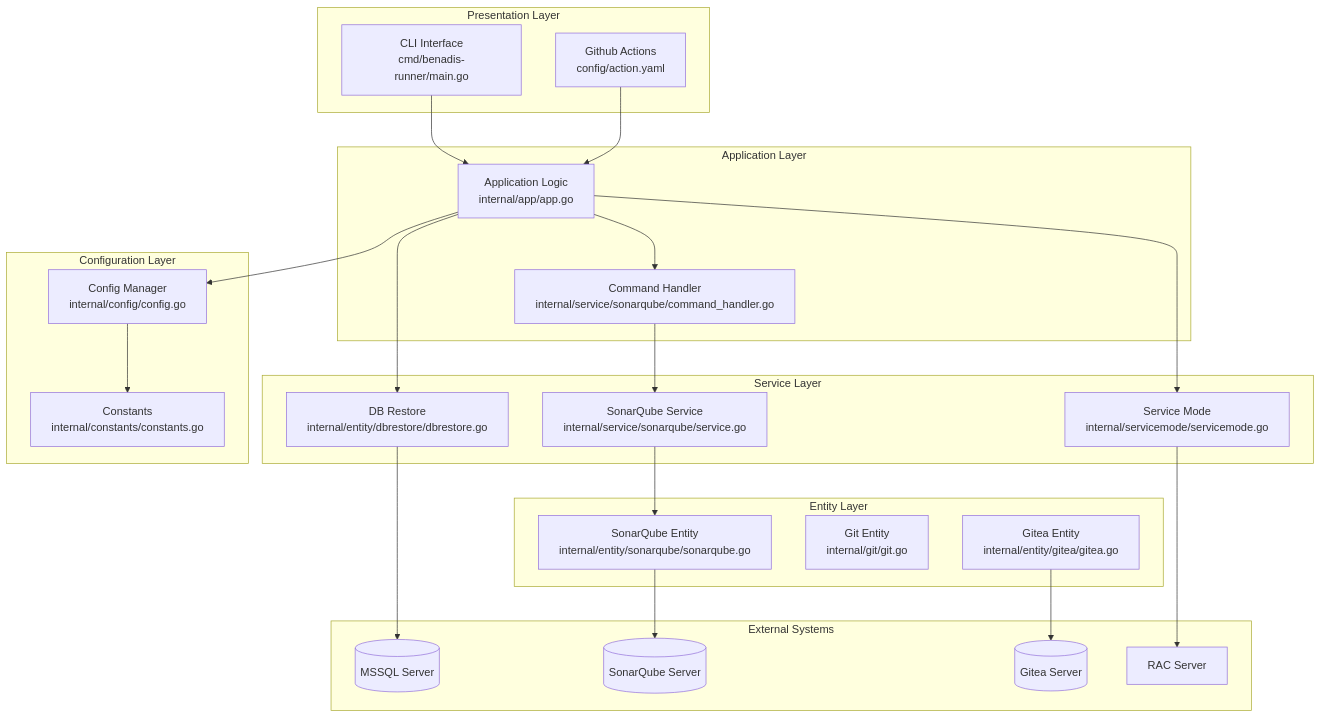
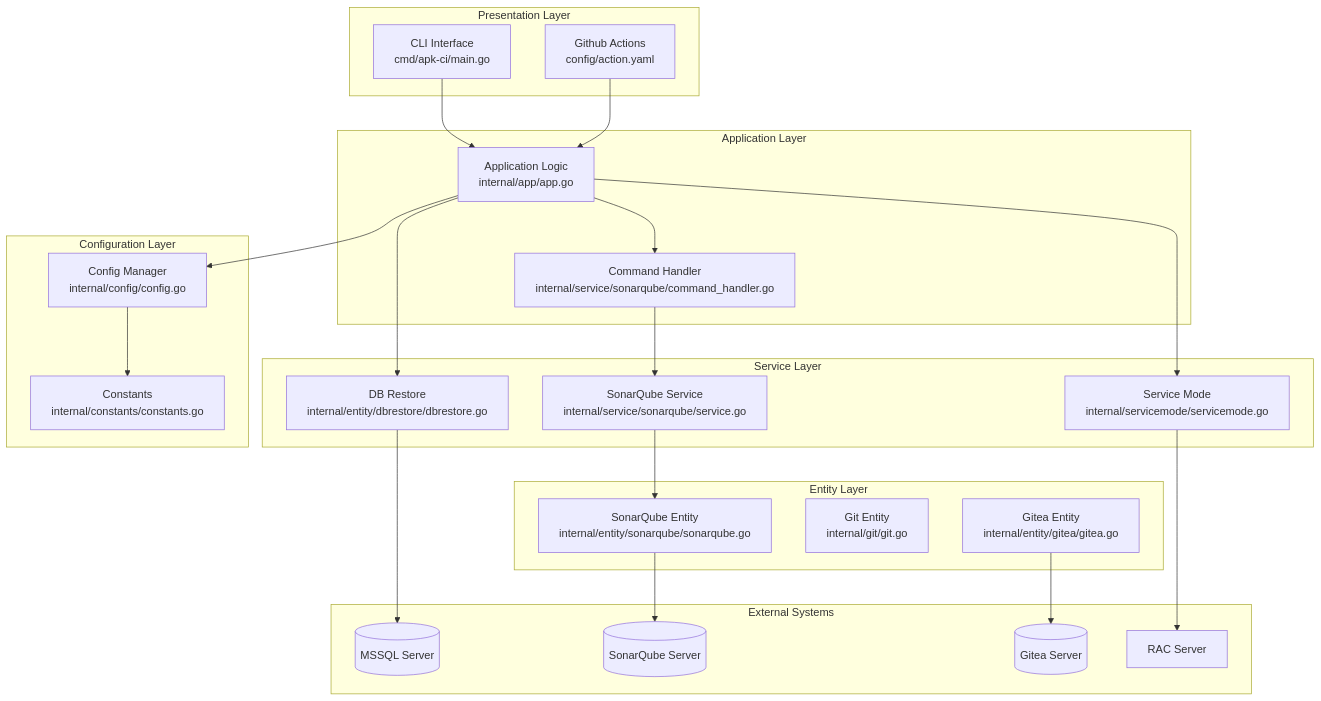
One commit to Kargones/apk-ci changed the first of 7 diagrams in .qoder/repowiki/en/content/Tool Overview & Core Value.md. Above: the diagram before and after it, drawn with Mermaid. The commit also changed other lines of this file and 189 other files, not shown here.

Commit message:
Замена benadis-runner на apk-ci.

````diff
--- a/.qoder/repowiki/en/content/Tool Overview & Core Value.md
+++ b/.qoder/repowiki/en/content/Tool Overview & Core Value.md
@@ -40,44 +40,44 @@
 ```mermaid
 graph TB
 subgraph "Presentation Layer"
-CLI[CLI Interface<br/>cmd/benadis-runner/main.go]
+CLI[CLI Interface<br/>cmd/apk-ci/main.go]
 Actions[Github Actions<br/>config/action.yaml]
 end
 subgraph "Application Layer"
 App[Application Logic<br/>internal/app/app.go]
 Handler[Command Handler<br/>internal/service/sonarqube/command_handler.go]
 end
 subgraph "Service Layer"
 SonarSvc[SonarQube Service<br/>internal/service/sonarqube/service.go]
 ServiceMode[Service Mode<br/>internal/servicemode/servicemode.go]
 DBRestore[DB Restore<br/>internal/entity/dbrestore/dbrestore.go]
 end
 subgraph "Entity Layer"
 SonarEntity[SonarQube Entity<br/>internal/entity/sonarqube/sonarqube.go]
 GitEntity[Git Entity<br/>internal/git/git.go]
 GiteaEntity[Gitea Entity<br/>internal/entity/gitea/gitea.go]
 end
 subgraph "Configuration Layer"
 ConfigMgr[Config Manager<br/>internal/config/config.go]
 Constants[Constants<br/>internal/constants/constants.go]
 end
 subgraph "External Systems"
 MSSQL[(MSSQL Server)]
 SonarQube[(SonarQube Server)]
 Gitea[(Gitea Server)]
 RAC[RAC Server]
 end
 CLI --> App
 Actions --> App
 App --> Handler
 Handler --> SonarSvc
 App --> ServiceMode
 App --> DBRestore
 SonarSvc --> SonarEntity
 ServiceMode --> RAC
 DBRestore --> MSSQL
 SonarEntity --> SonarQube
 GiteaEntity --> Gitea
 App --> ConfigMgr
 ConfigMgr --> Constants
 ```
````
